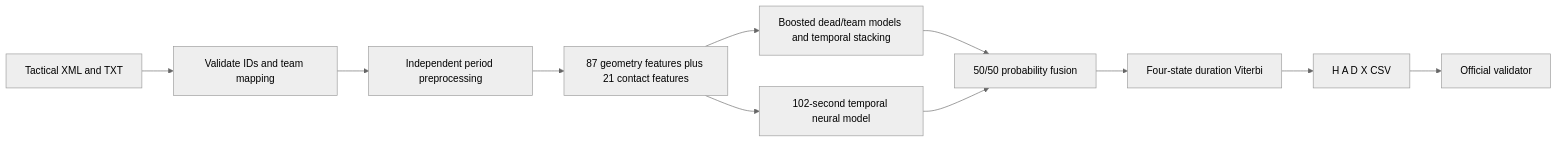
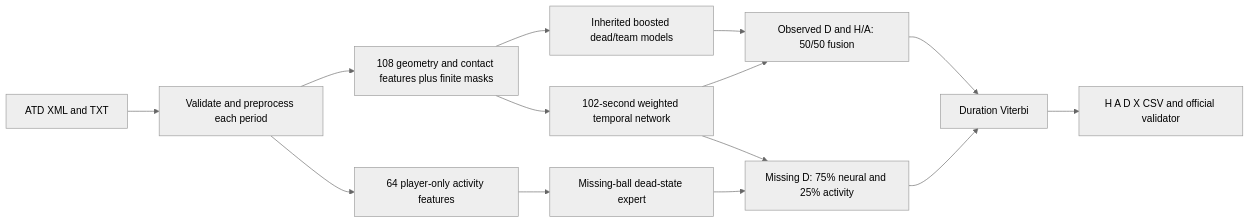
The diagram in validation/TECHNICAL_DOCUMENT.md (8Tigran8/silver-octo-winner), drawn with Mermaid (neutral theme) before and after one commit. The commit also changed other lines of this file and 14 other files, not shown here.

Commit message:
Adopt validated short-possession and missing-ball recovery candidate

````diff
--- a/validation/TECHNICAL_DOCUMENT.md
+++ b/validation/TECHNICAL_DOCUMENT.md
@@ -11,13 +11,16 @@
 ```mermaid
 flowchart LR
- A[Tactical XML and TXT] --> B[Validate IDs and team mapping]
- B --> C[Independent period preprocessing]
- C --> D[87 geometry features plus 21 contact features]
- D --> E[Boosted dead/team models and temporal stacking]
- D --> F[102-second temporal neural model]
- E --> G[50/50 probability fusion]
- F --> G
- G --> H[Four-state duration Viterbi]
- H --> I[H A D X CSV]
- I --> J[Official validator]
+ A[ATD XML and TXT] --> B[Validate and preprocess each period]
+ B --> C[108 geometry and contact features plus finite masks]
+ C --> D[Inherited boosted dead/team models]
+ C --> E[102-second weighted temporal network]
+ B --> F[64 player-only activity features]
+ F --> G[Missing-ball dead-state expert]
+ D --> H[Observed D and H/A: 50/50 fusion]
+ E --> H
+ E --> I[Missing D: 75% neural and 25% activity]
+ G --> I
+ H --> J[Duration Viterbi]
+ I --> J
+ J --> K[H A D X CSV and official validator]
 ```
````
